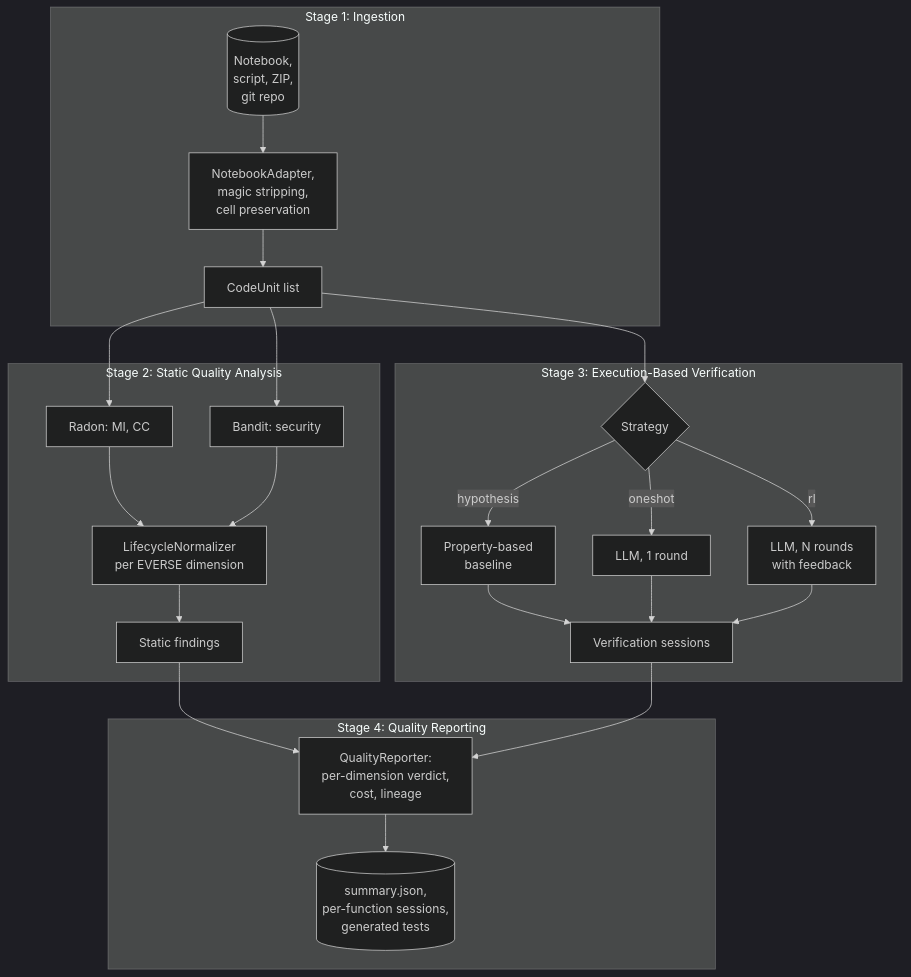
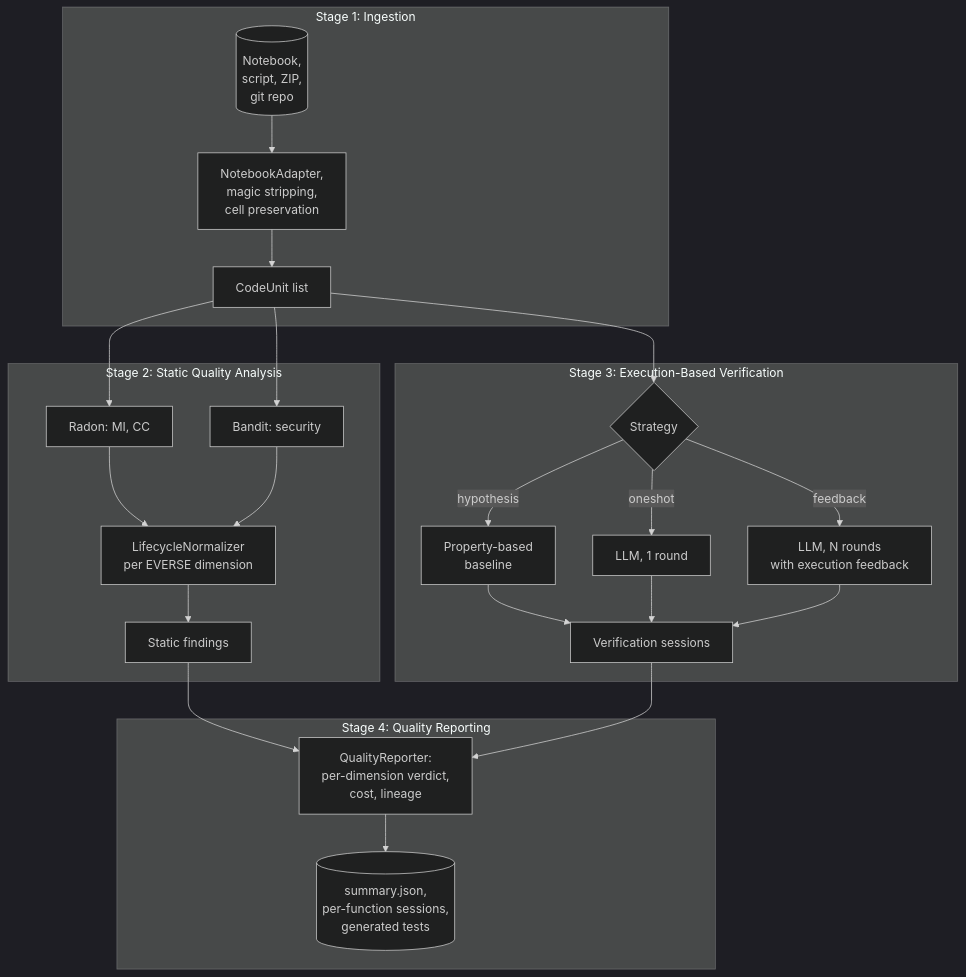
One commit to assaban/qallm-uva changed the second of 3 diagrams in README.md. Above: the diagram before and after it, drawn with Mermaid (dark theme). The commit also changed other lines of this file and 11 other files, not shown here.

First line of the commit message:
Resolves the drift between README, RQ framing, code, and web UI surfaced in the architecture audit.

````diff
--- a/README.md
+++ b/README.md
@@ -41,31 +46,31 @@
 ```mermaid
 flowchart TD
     subgraph S1["Stage 1: Ingestion"]
         Src[(Notebook,<br/>script, ZIP,<br/>git repo)] --> Parse[NotebookAdapter,<br/>magic stripping,<br/>cell preservation]
         Parse --> Units[CodeUnit list]
     end
 
     subgraph S2["Stage 2: Static Quality Analysis"]
         Units --> Radon[Radon: MI, CC]
         Units --> Bandit[Bandit: security]
         Radon --> Norm[LifecycleNormalizer<br/>per EVERSE dimension]
         Bandit --> Norm
         Norm --> Report1[Static findings]
     end
 
     subgraph S3["Stage 3: Execution-Based Verification"]
         Units --> Strategy{Strategy}
         Strategy -->|hypothesis| Hyp[Property-based<br/>baseline]
         Strategy -->|oneshot| One[LLM, 1 round]
-        Strategy -->|rl| RL[LLM, N rounds<br/>with feedback]
+        Strategy -->|feedback| FB[LLM, N rounds<br/>with execution feedback]
         Hyp --> Sessions[Verification sessions]
         One --> Sessions
-        RL --> Sessions
+        FB --> Sessions
     end
 
     subgraph S4["Stage 4: Quality Reporting"]
         Report1 --> Reporter
         Sessions --> Reporter[QualityReporter:<br/>per-dimension verdict,<br/>cost, lineage]
         Reporter --> Out[(summary.json,<br/>per-function sessions,<br/>generated tests)]
     end
 ```
````
